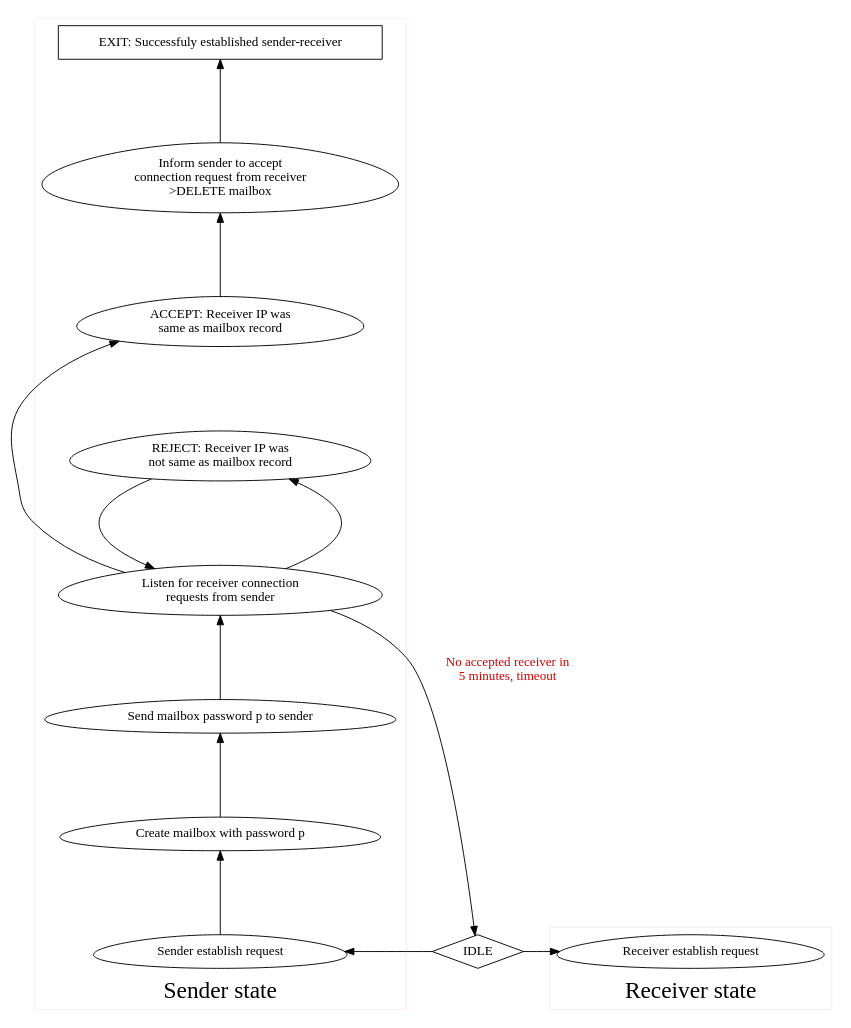
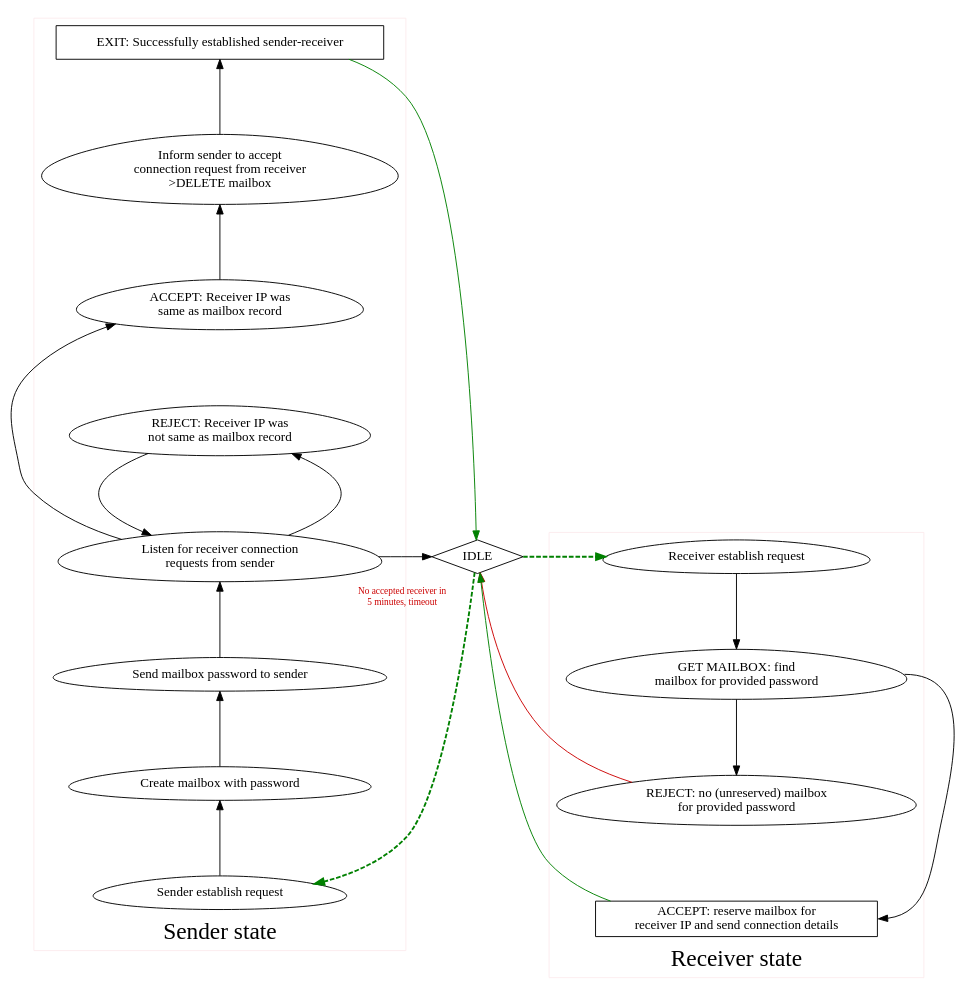
Before and after one commit to SpatiumPortae/portal: the diagram in assets/rendezvous-server-state.dot, drawn with Graphviz. The commit also changed 1 other file, not shown here.

Commit message:
finished state diagram

```diff
--- a/assets/rendezvous-server-state.dot
+++ b/assets/rendezvous-server-state.dot
@@ -1,55 +1,69 @@
 digraph G {
 
   subgraph cluster_sender_state {
     node [shape=egg]
 
     SREQUEST [label="Sender establish request"]
-    CREATEMAILBOX [label="Create mailbox with password p"]
-    SENDMAILBOX [label="Send mailbox password p to sender"]
+    CREATEMAILBOX [label="Create mailbox with password"]
+    SENDMAILBOX [label="Send mailbox password to sender"]
     WAITRECEIVER [label="Listen for receiver connection\n requests from sender"]
     ACCEPTRECEIVER [label="ACCEPT: Receiver IP was \nsame as mailbox record"]
     REJECTRECEIVER [label="REJECT: Receiver IP was \nnot same as mailbox record"]
     WRAPUP [label="Inform sender to accept\nconnection request from receiver\n >DELETE mailbox"]
-    CLOSE [label="EXIT: Successfuly established sender-receiver"] [shape=box]
+    CLOSE [label="EXIT: Successfully established sender-receiver"] [shape=box]
 
     SREQUEST -> CREATEMAILBOX
 
     CREATEMAILBOX -> SENDMAILBOX
     SENDMAILBOX -> WAITRECEIVER
 
     WAITRECEIVER -> REJECTRECEIVER
     REJECTRECEIVER -> WAITRECEIVER [constraint=false]
 
     WAITRECEIVER -> ACCEPTRECEIVER
     ACCEPTRECEIVER -> WRAPUP
     WRAPUP -> CLOSE
 
 		label = "Sender state";
     fontsize = 25;
     labelloc = b;
 		color="#FCECEE";
     rank = same;
 	}
 
   subgraph cluster_receiver_state {
     node [shape=egg]
 
     RREQUEST [label="Receiver establish request"]
+    GETMAILBOX [label="GET MAILBOX: find\n mailbox for provided password"]
+    REJECTPASSWORD [label="REJECT: no (unreserved) mailbox\n for provided password"]
+    ACCEPTPASSWORD [label="ACCEPT: reserve mailbox for\n receiver IP and send connection details", shape=box]
+
+    RREQUEST -> GETMAILBOX [constraint=false]
+    GETMAILBOX -> REJECTPASSWORD [constraint=false]
+    GETMAILBOX -> ACCEPTPASSWORD [constraint=false, tailport=e, headport=e]
 
     label = "Receiver state";
     fontsize = 25;
     labelloc = b;
-		color="#F1EEED";
+		color="#FCECEE";
     rank = same; 
 	}
 
   IDLE [shape=diamond]
-  IDLE -> SREQUEST
-  IDLE -> RREQUEST
-  WAITRECEIVER -> IDLE [taillabel="No accepted receiver in\n 5 minutes, timeout", labeldistance=20.0, labelangle=2, labelfontcolor="#cc0000"]
+  IDLE -> SREQUEST [style=dashed, penwidth=2, color=green]
+  IDLE -> RREQUEST [style=dashed, penwidth=2, color=green]
+  
+  WAITRECEIVER -> IDLE [taillabel="No accepted receiver in\n 5 minutes, timeout", labeldistance=5.0, labelangle=-60, 
+  labelfontcolor="#cc0000", labelfontsize=10]
+
+  CLOSE -> IDLE [color=green]
+
+  REJECTPASSWORD -> IDLE [constraint=false, color="#cc0000"]
+  ACCEPTPASSWORD -> IDLE [constraint=false, color=green]
 
   rankdir=LR;
   newrank=true;
-  nodesep=1.25;
+  nodesep=1.12;
 
 }
```
